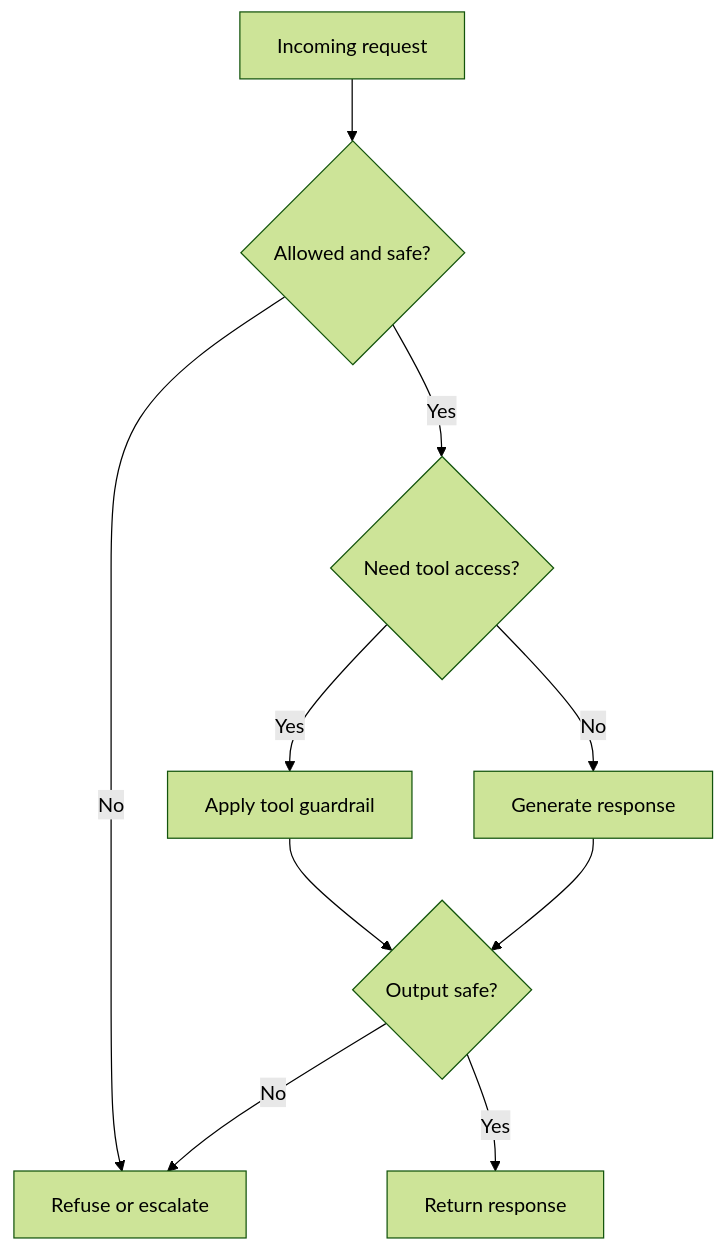
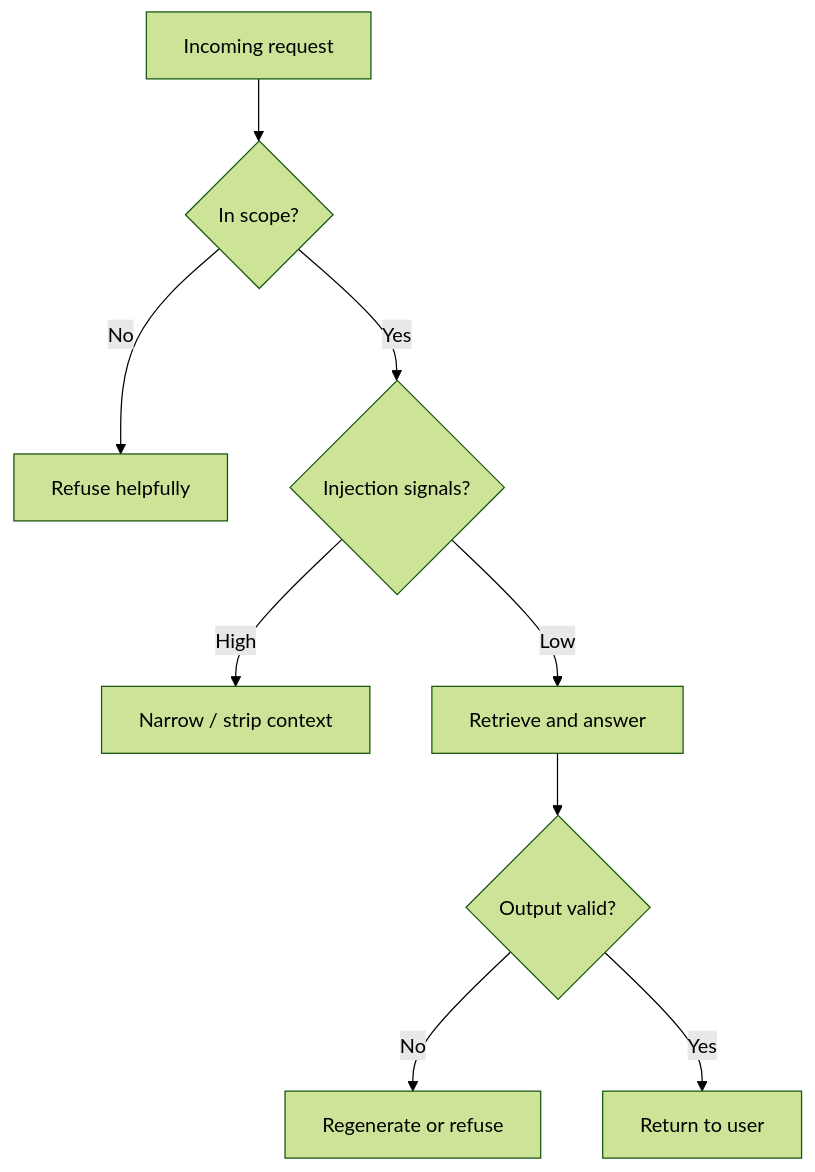
The fifth of 11 diagrams in day_28/day_28_guardrails.md (Asabeneh/30-Days-Of-AI-Engineering), drawn with Mermaid (forest theme) before and after one commit. The commit also changed other lines of this file and 49 other files, not shown here.

````diff
--- a/day_28/day_28_guardrails.md
+++ b/day_28/day_28_guardrails.md
@@ -207,12 +277,11 @@
 ```mermaid
 flowchart TD
-        A[Incoming request] --> B{Allowed and safe?}
-        B -->|No| C[Refuse or escalate]
-        B -->|Yes| D{Need tool access?}
-        D -->|Yes| E[Apply tool guardrail]
-        D -->|No| F[Generate response]
-        E --> G{Output safe?}
-        F --> G
-        G -->|No| C
-        G -->|Yes| H[Return response]
+    A[Incoming request] --> B{In scope?}
+    B -->|No| R1[Refuse helpfully]
+    B -->|Yes| C{Injection signals?}
+    C -->|High| R2[ Narrow / strip context]
+    C -->|Low| D[Retrieve and answer]
+    D --> E{Output valid?}
+    E -->|No| R3[Regenerate or refuse]
+    E -->|Yes| F[Return to user]
 ```
````
